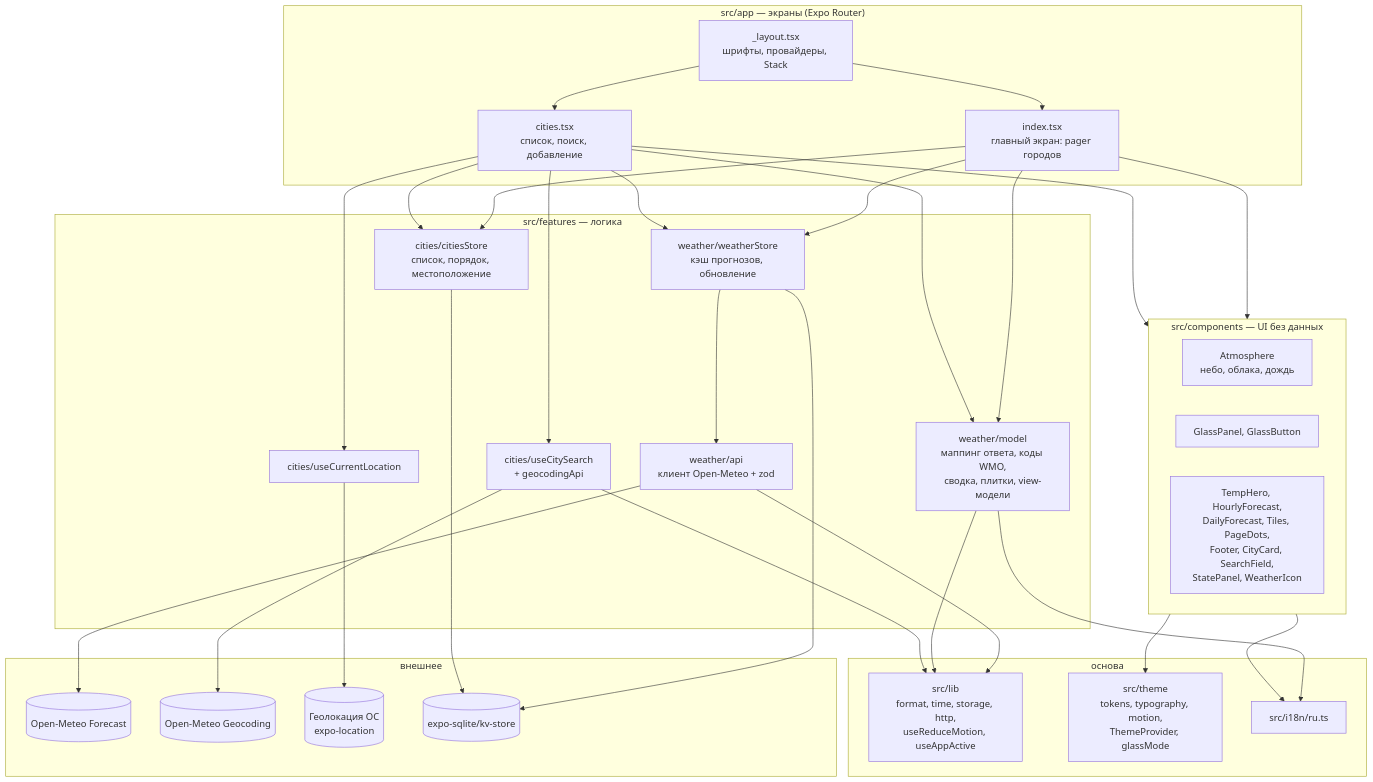
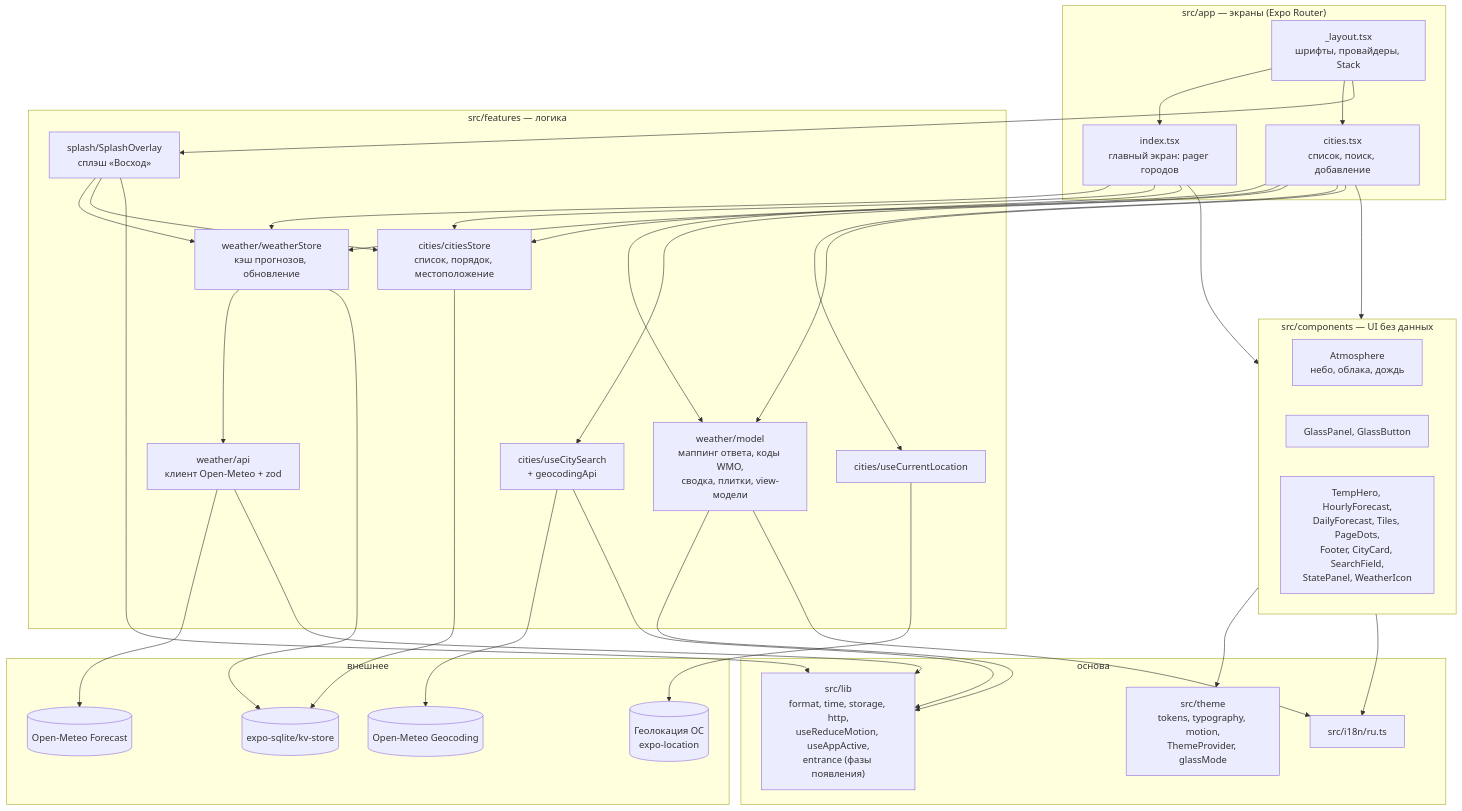
One commit to NickFilippov/one-more-weather-app changed the first of 5 diagrams in docs/tech/01-architecture.md. Above: the diagram before and after it, drawn with Mermaid. The commit also changed other lines of this file and 20 other files, not shown here.

First line of the commit message:
Add animated «Восход» launch splash

````diff
--- a/docs/tech/01-architecture.md
+++ b/docs/tech/01-architecture.md
@@ -15,51 +15,53 @@
 ```mermaid
 flowchart TB
   subgraph APP["src/app — экраны (Expo Router)"]
     Layout["_layout.tsx<br/>шрифты, провайдеры, Stack"]
     Main["index.tsx<br/>главный экран: pager городов"]
     Cities["cities.tsx<br/>список, поиск, добавление"]
   end
 
   subgraph COMP["src/components — UI без данных"]
     Atmos["Atmosphere<br/>небо, облака, дождь"]
     Glass["GlassPanel, GlassButton"]
     Blocks["TempHero, HourlyForecast,<br/>DailyForecast, Tiles, PageDots,<br/>Footer, CityCard, SearchField,<br/>StatePanel, WeatherIcon"]
   end
 
   subgraph FEAT["src/features — логика"]
     WStore["weather/weatherStore<br/>кэш прогнозов, обновление"]
     WModel["weather/model<br/>маппинг ответа, коды WMO,<br/>сводка, плитки, view-модели"]
     WApi["weather/api<br/>клиент Open-Meteo + zod"]
     CStore["cities/citiesStore<br/>список, порядок, местоположение"]
     CSearch["cities/useCitySearch<br/>+ geocodingApi"]
     CLoc["cities/useCurrentLocation"]
+    Splash["splash/SplashOverlay<br/>сплэш «Восход»"]
   end
 
   subgraph BASE["основа"]
-    Lib["src/lib<br/>format, time, storage, http,<br/>useReduceMotion, useAppActive"]
+    Lib["src/lib<br/>format, time, storage, http,<br/>useReduceMotion, useAppActive,<br/>entrance (фазы появления)"]
     Theme["src/theme<br/>tokens, typography, motion,<br/>ThemeProvider, glassMode"]
     I18n["src/i18n/ru.ts"]
   end
 
   subgraph EXT["внешнее"]
     OM[("Open-Meteo Forecast")]
     GEO[("Open-Meteo Geocoding")]
     OS[("Геолокация ОС<br/>expo-location")]
     KV[("expo-sqlite/kv-store")]
   end
 
-  Layout --> Main & Cities
+  Layout --> Main & Cities & Splash
+  Splash --> WStore & CStore & Lib
   Main --> COMP
   Cities --> COMP
   Main --> WStore & CStore & WModel
   Cities --> WStore & CStore & CSearch & CLoc & WModel
   COMP --> Theme & I18n
   WStore --> WApi --> OM
   WStore --> KV
   CStore --> KV
   CSearch --> GEO
   CLoc --> OS
   WApi --> Lib
   WModel --> Lib & I18n
   CSearch --> Lib
 ```
````
